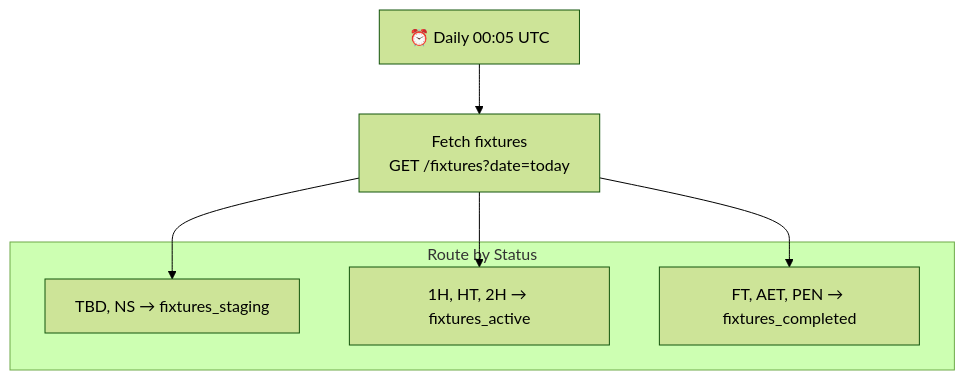
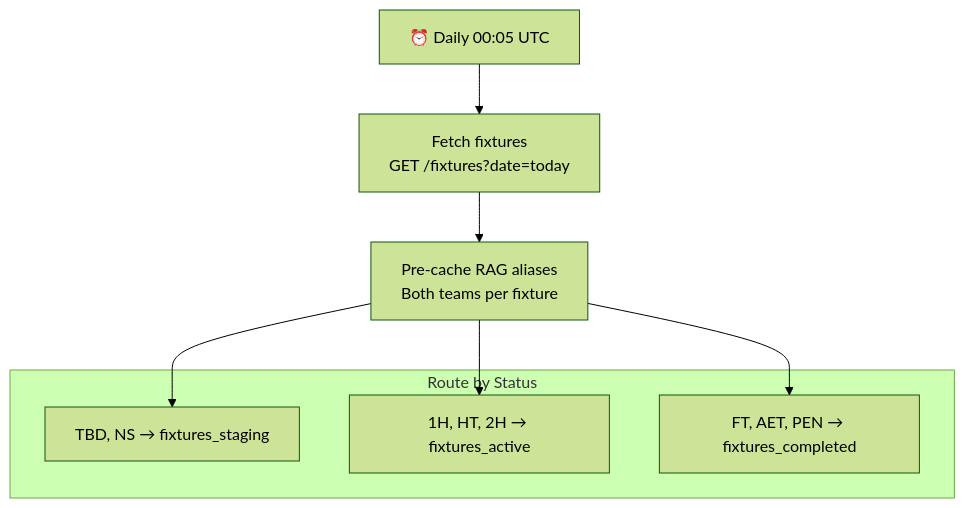
Before and after one commit to vedantadhobley/found-footy: the ninth of 13 diagrams in README.md, drawn with Mermaid (forest theme). The commit also changed other lines of this file and 1 other file, not shown here.

First line of the commit message:
fix(rag): prepend team name words for better search priority

````diff
--- a/README.md
+++ b/README.md
@@ -461,13 +468,14 @@
 ```mermaid
 flowchart TB
     TRIGGER[⏰ Daily 00:05 UTC]
     FETCH[Fetch fixtures<br/>GET /fixtures?date=today]
+    RAG[Pre-cache RAG aliases<br/>Both teams per fixture]
     
     subgraph ROUTE["Route by Status"]
         TBD[TBD, NS → fixtures_staging]
         LIVE[1H, HT, 2H → fixtures_active]
         DONE[FT, AET, PEN → fixtures_completed]
     end
     
-    TRIGGER --> FETCH --> TBD & LIVE & DONE
+    TRIGGER --> FETCH --> RAG --> TBD & LIVE & DONE
 ```
````
